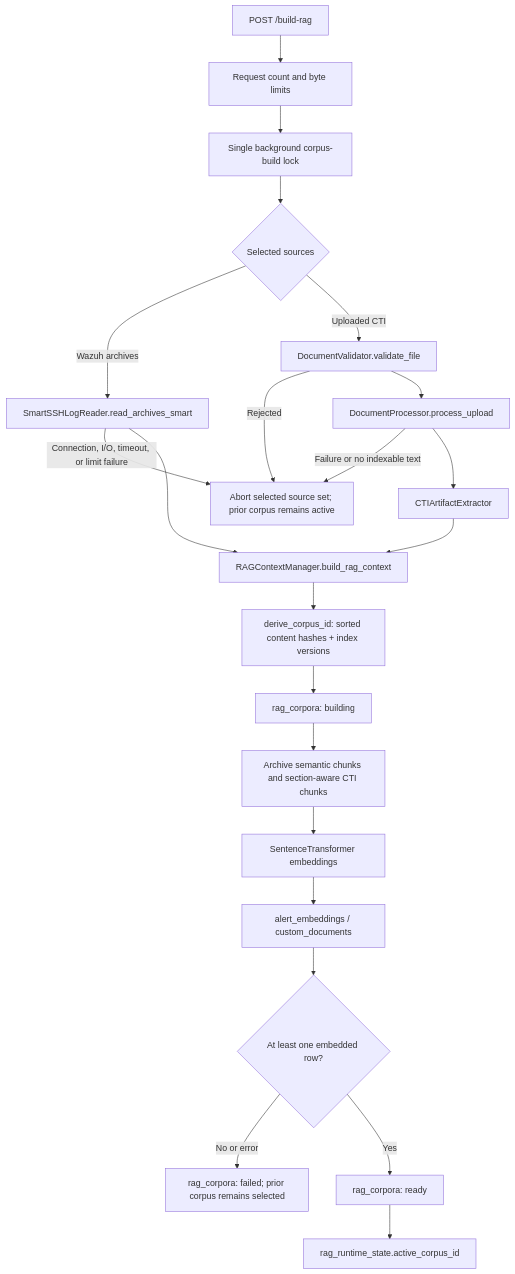
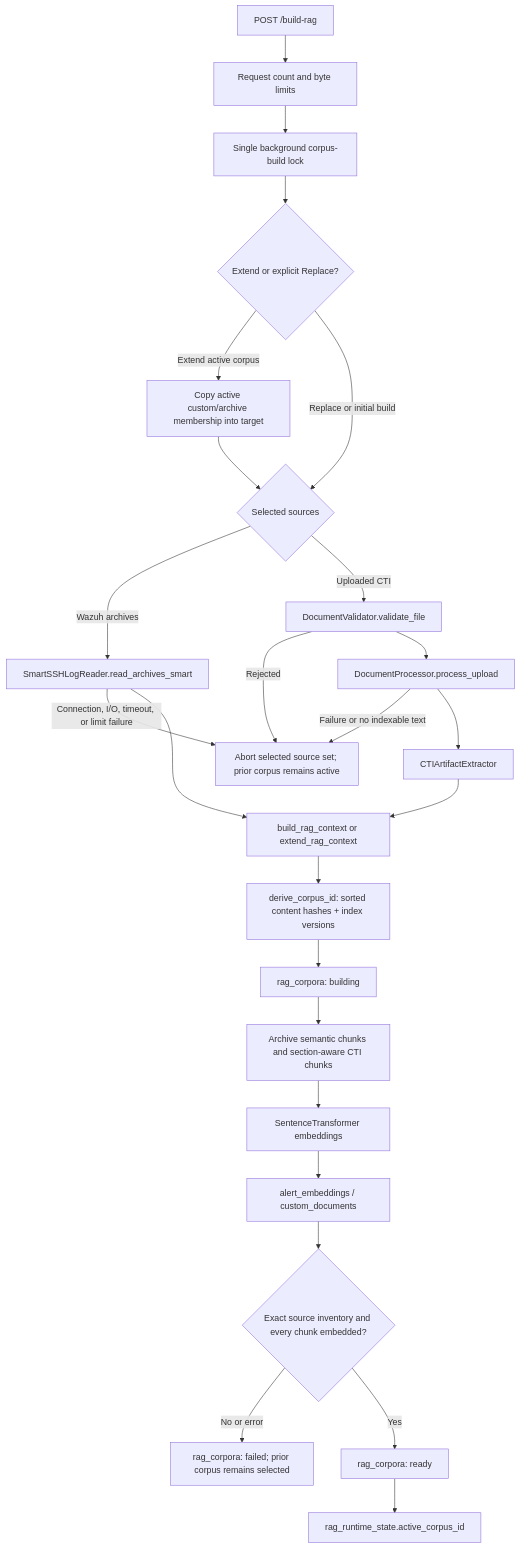
One commit to Vic1109/ICT2114_Team5 changed the first of 2 diagrams in docs/rag-architecture.md. Above: the diagram before and after it, drawn with Mermaid. The commit also changed other lines of this file and 9 other files, not shown here.

First line of the commit message:
Minor fix: continuous RAG context building for CTI document upload

````diff
--- a/docs/rag-architecture.md
+++ b/docs/rag-architecture.md
@@ -84,24 +84,27 @@
 ```mermaid
 flowchart TD
     UI["POST /build-rag"] --> LIMITS["Request count and byte limits"]
     LIMITS --> LOCK["Single background corpus-build lock"]
-    LOCK --> SOURCES{"Selected sources"}
+    LOCK --> MODE{"Extend or explicit Replace?"}
+    MODE -->|Extend active corpus| COPY["Copy active custom/archive membership into target"]
+    MODE -->|Replace or initial build| SOURCES{"Selected sources"}
+    COPY --> SOURCES
     SOURCES -->|Wazuh archives| SSH["SmartSSHLogReader.read_archives_smart"]
     SOURCES -->|Uploaded CTI| VALIDATE["DocumentValidator.validate_file"]
     SSH -->|Connection, I/O, timeout, or limit failure| SOURCEFAIL["Abort selected source set; prior corpus remains active"]
     VALIDATE -->|Rejected| SOURCEFAIL
     VALIDATE --> EXTRACT["DocumentProcessor.process_upload"]
     EXTRACT -->|Failure or no indexable text| SOURCEFAIL
     EXTRACT --> ARTIFACTS["CTIArtifactExtractor"]
-    SSH --> MANIFEST["RAGContextManager.build_rag_context"]
+    SSH --> MANIFEST["build_rag_context or extend_rag_context"]
     ARTIFACTS --> MANIFEST
     MANIFEST --> ID["derive_corpus_id: sorted content hashes + index versions"]
     ID --> BUILDING["rag_corpora: building"]
     BUILDING --> CHUNKS["Archive semantic chunks and section-aware CTI chunks"]
     CHUNKS --> EMBED["SentenceTransformer embeddings"]
     EMBED --> STORE["alert_embeddings / custom_documents"]
-    STORE --> VERIFY{"At least one embedded row?"}
+    STORE --> VERIFY{"Exact source inventory and every chunk embedded?"}
     VERIFY -->|No or error| FAILED["rag_corpora: failed; prior corpus remains selected"]
     VERIFY -->|Yes| READY["rag_corpora: ready"]
     READY --> ACTIVATE["rag_runtime_state.active_corpus_id"]
 ```
````
